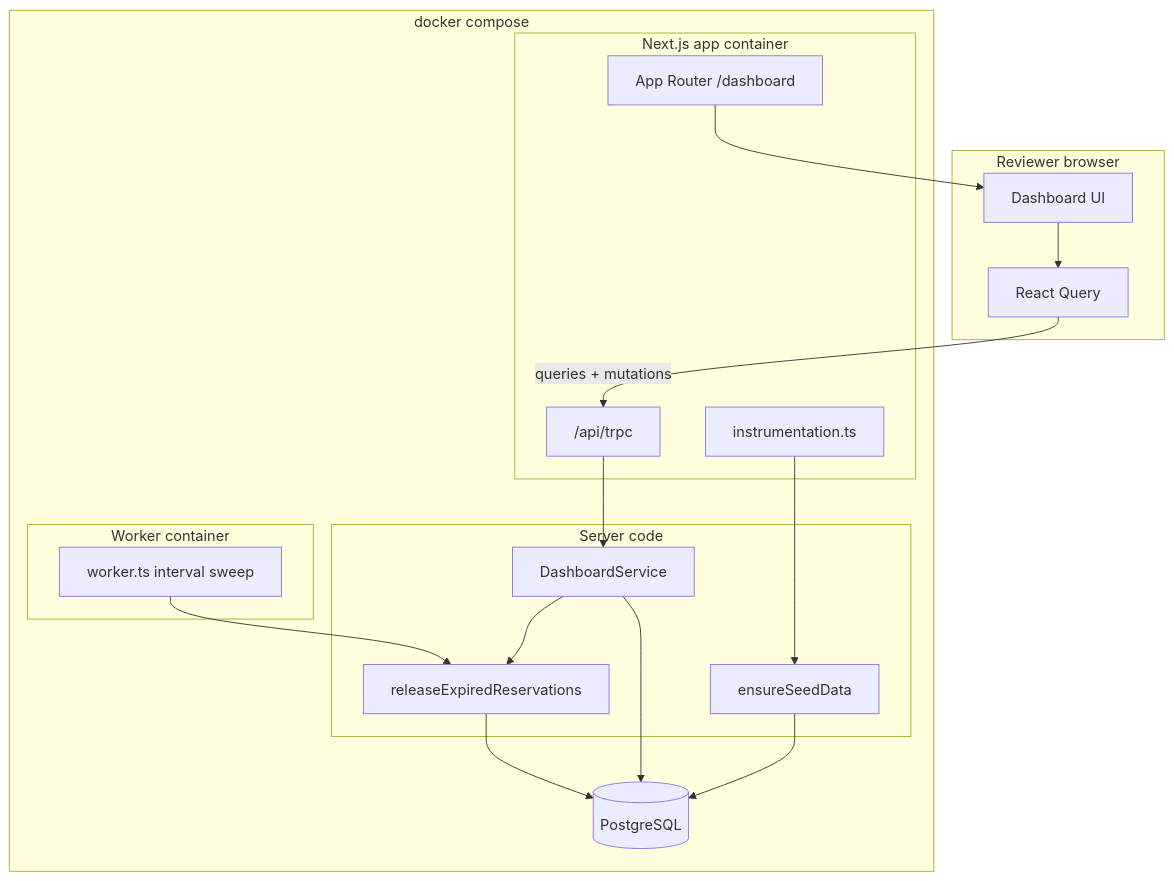
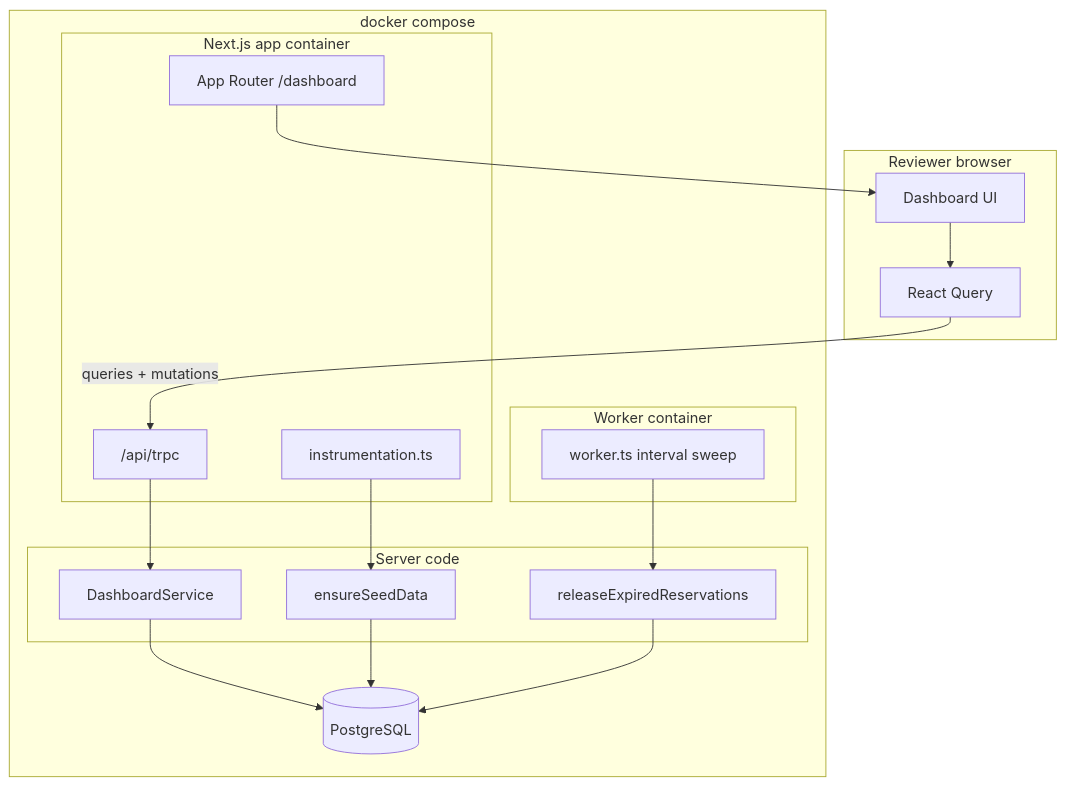
The diagram in README.md (vaishnavi-sawai/Content-Review-Queue), drawn with Mermaid before and after one commit. The commit also changed other lines of this file and 1 other file, not shown here.

````diff
--- a/README.md
+++ b/README.md
@@ -16,38 +16,37 @@
 ```mermaid
 flowchart TB
   subgraph Browser["Reviewer browser"]
     UI["Dashboard UI"]
     RQ["React Query"]
   end
 
   subgraph Compose["docker compose"]
     subgraph Next["Next.js app container"]
       Pages["App Router /dashboard"]
       API["/api/trpc"]
       Boot["instrumentation.ts"]
     end
 
     subgraph Core["Server code"]
       DS["DashboardService"]
       Seed["ensureSeedData"]
       Rel["releaseExpiredReservations"]
     end
 
     subgraph Worker["Worker container"]
       W["worker.ts interval sweep"]
     end
 
     DB[(PostgreSQL)]
   end
 
   UI --> RQ
   RQ -->|"queries + mutations"| API
   Pages --> UI
   API --> DS
-  DS --> Rel
   DS --> DB
   Boot --> Seed
   Seed --> DB
   W --> Rel
   Rel --> DB
 ```
````
